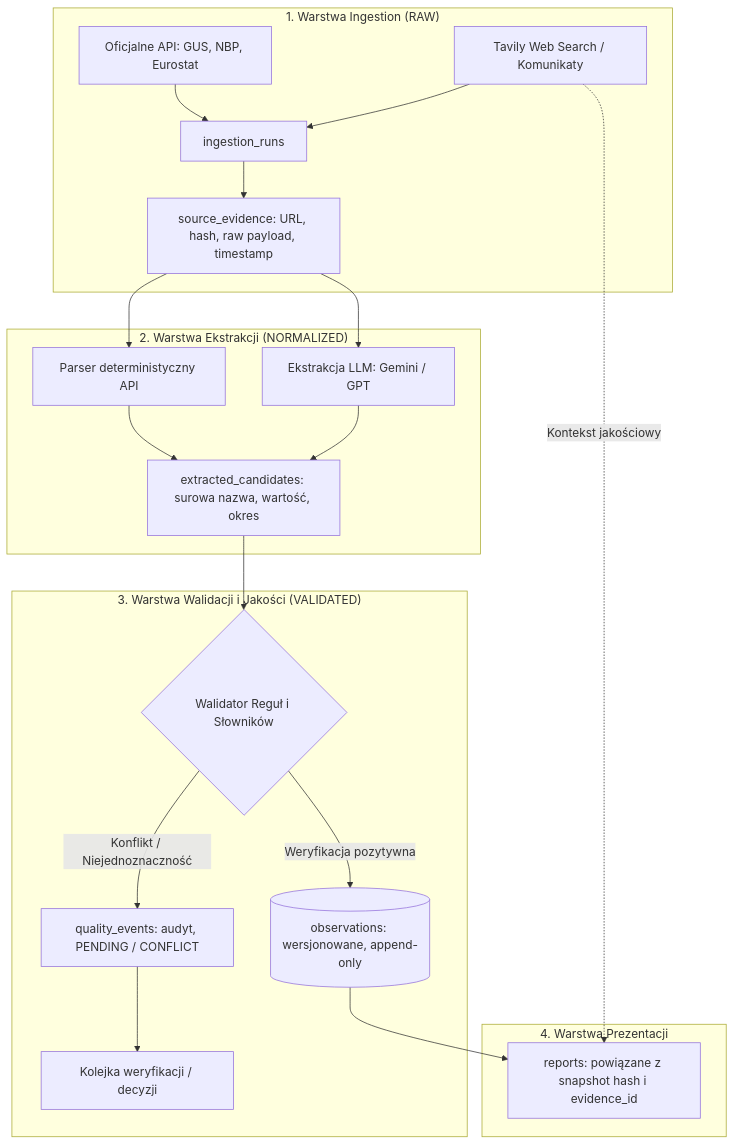
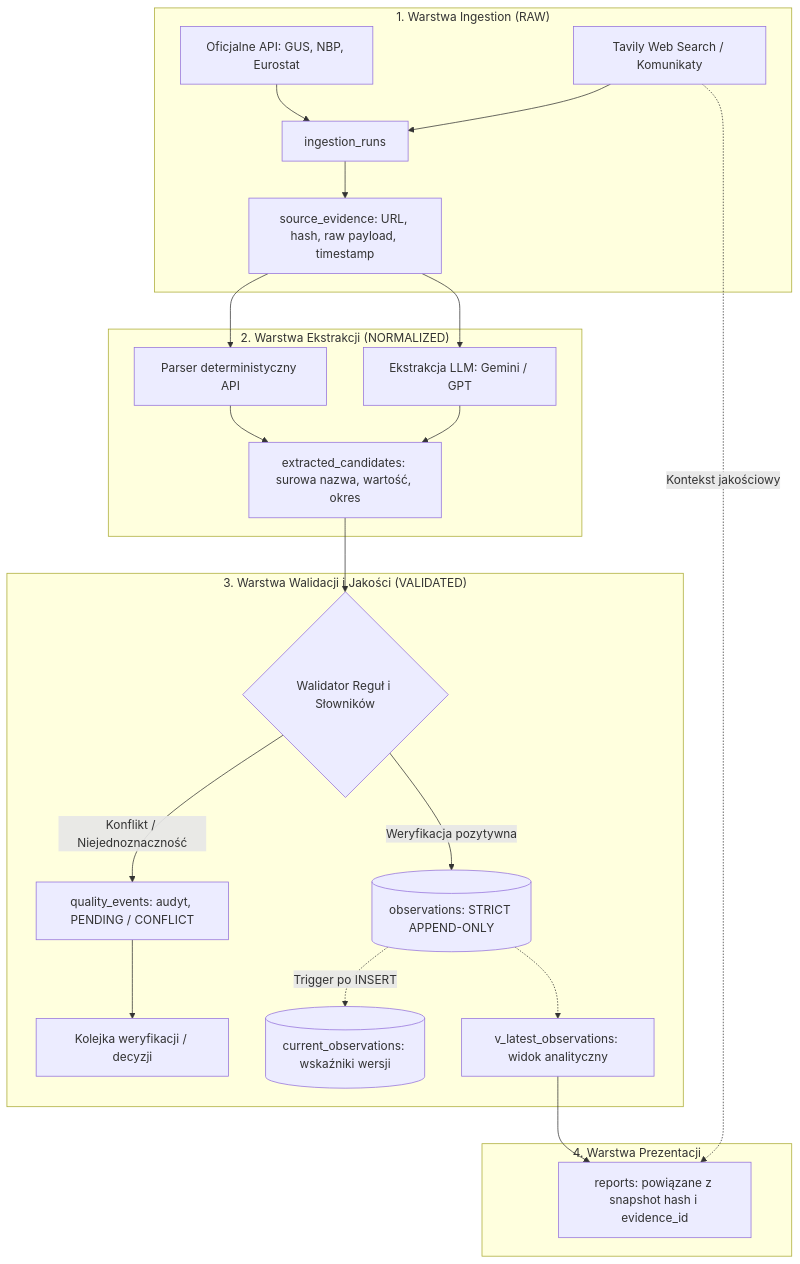
The diagram in docs/SCHEMA_V2_PROPOSAL.md (maciejkubek-maker/polish-economy-agent), drawn with Mermaid before and after one commit. The commit also changed other lines of this file and 6 other files, not shown here.

Commit message:
fix(design): address code review feedback on append-only triggers, migration balance, and API evidence

````diff
--- a/docs/SCHEMA_V2_PROPOSAL.md
+++ b/docs/SCHEMA_V2_PROPOSAL.md
@@ -25,27 +25,29 @@
 ```mermaid
 flowchart TD
     subgraph INGESTION["1. Warstwa Ingestion (RAW)"]
         API[Oficjalne API: GUS, NBP, Eurostat] --> RUN[ingestion_runs]
         WEB[Tavily Web Search / Komunikaty] --> RUN
         RUN --> EVI[source_evidence: URL, hash, raw payload, timestamp]
     end
 
     subgraph EXTRACTION["2. Warstwa Ekstrakcji (NORMALIZED)"]
         EVI --> PARSER[Parser deterministyczny API]
         EVI --> LLM[Ekstrakcja LLM: Gemini / GPT]
         PARSER --> CAND[extracted_candidates: surowa nazwa, wartość, okres]
         LLM --> CAND
     end
 
     subgraph VALIDATION["3. Warstwa Walidacji i Jakości (VALIDATED)"]
         CAND --> VAL{Walidator Reguł i Słowników}
-        VAL -->|Weryfikacja pozytywna| OBS[(observations: wersjonowane, append-only)]
+        VAL -->|Weryfikacja pozytywna| OBS[(observations: STRICT APPEND-ONLY)]
         VAL -->|Konflikt / Niejednoznaczność| CONF[quality_events: audyt, PENDING / CONFLICT]
         CONF --> REVIEW[Kolejka weryfikacji / decyzji]
+        OBS -.->|Trigger po INSERT| CUR[(current_observations: wskaźniki wersji)]
+        OBS -.-> VVIEW[v_latest_observations: widok analityczny]
     end
 
     subgraph PRESENTATION["4. Warstwa Prezentacji"]
-        OBS --> REP[reports: powiązane z snapshot hash i evidence_id]
+        VVIEW --> REP[reports: powiązane z snapshot hash i evidence_id]
         WEB -.->|Kontekst jakościowy| REP
     end
 ```
````
